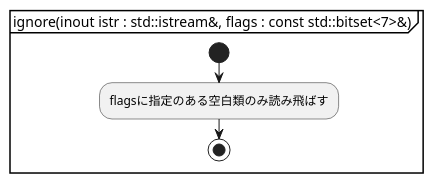
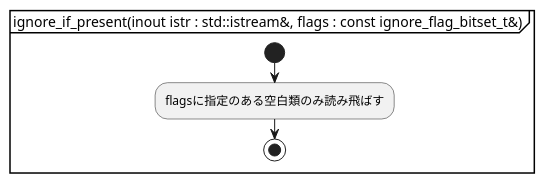
The ninth of 11 diagrams in document/parser.activity.pu (KodaiYM/PDFReader), drawn with PlantUML before and after one commit. The commit also changed 2 other files, not shown here.

Commit message:
wrote ignore_if_present

```diff
--- a/document/parser.activity.pu
+++ b/document/parser.activity.pu
@@ -219,7 +219,7 @@
-@startuml ignore
-partition "ignore(inout istr : std::istream&, flags : const std::bitset<7>&)" {
+@startuml ignore_if_present
+partition "ignore_if_present(inout istr : std::istream&, flags : const ignore_flag_bitset_t&)" {
 start
 	:flagsに指定のある空白類のみ読み飛ばす;
 stop
 }
 @enduml
```
